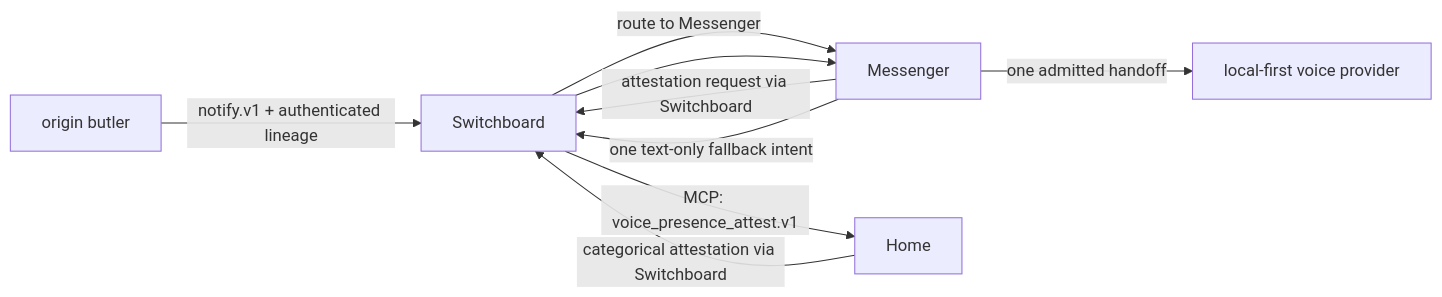
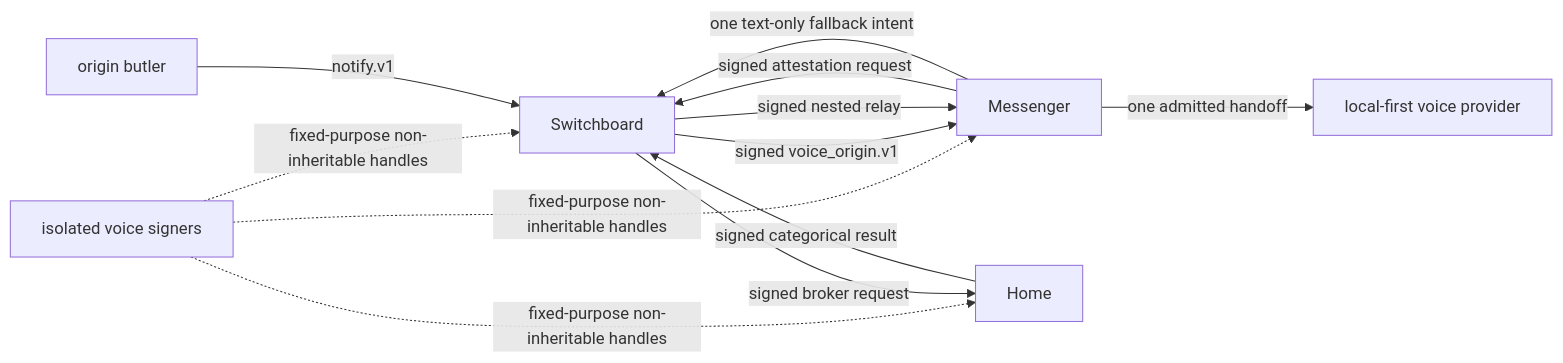
The third of 5 diagrams in about/lay-and-land/dependencies.md (tzeusy-org/butlers), drawn with Mermaid before and after one commit. The commit also changed other lines of this file and 9 other files, not shown here.

````diff
--- a/about/lay-and-land/dependencies.md
+++ b/about/lay-and-land/dependencies.md
@@ -64,11 +64,14 @@
 ```mermaid
 graph LR
-    Origin["origin butler"] -- "notify.v1 + authenticated lineage" --> SW["Switchboard"]
-    SW -- "route to Messenger" --> MSG["Messenger"]
-    MSG -- "attestation request via Switchboard" --> SW
-    SW -- "MCP: voice_presence_attest.v1" --> HOME["Home"]
-    HOME -- "categorical attestation via Switchboard" --> SW
-    SW --> MSG
+    SIGN["isolated voice signers"] -. "fixed-purpose non-inheritable handles" .-> SW
+    SIGN -. "fixed-purpose non-inheritable handles" .-> MSG
+    SIGN -. "fixed-purpose non-inheritable handles" .-> HOME
+    Origin["origin butler"] -- "notify.v1" --> SW["Switchboard"]
+    SW -- "signed voice_origin.v1" --> MSG["Messenger"]
+    MSG -- "signed attestation request" --> SW
+    SW -- "signed broker request" --> HOME["Home"]
+    HOME -- "signed categorical result" --> SW
+    SW -- "signed nested relay" --> MSG
     MSG -- "one admitted handoff" --> VP["local-first voice provider"]
     MSG -- "one text-only fallback intent" --> SW
 ```
````
